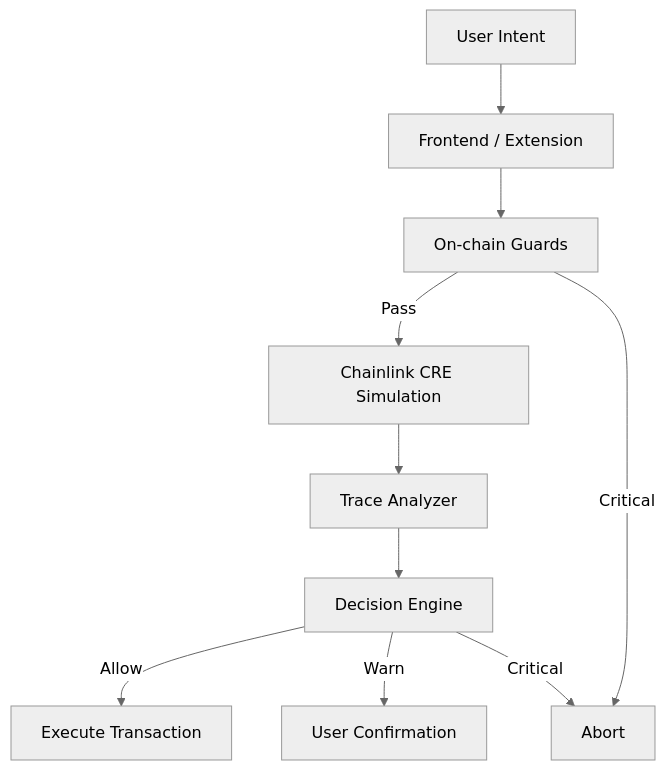
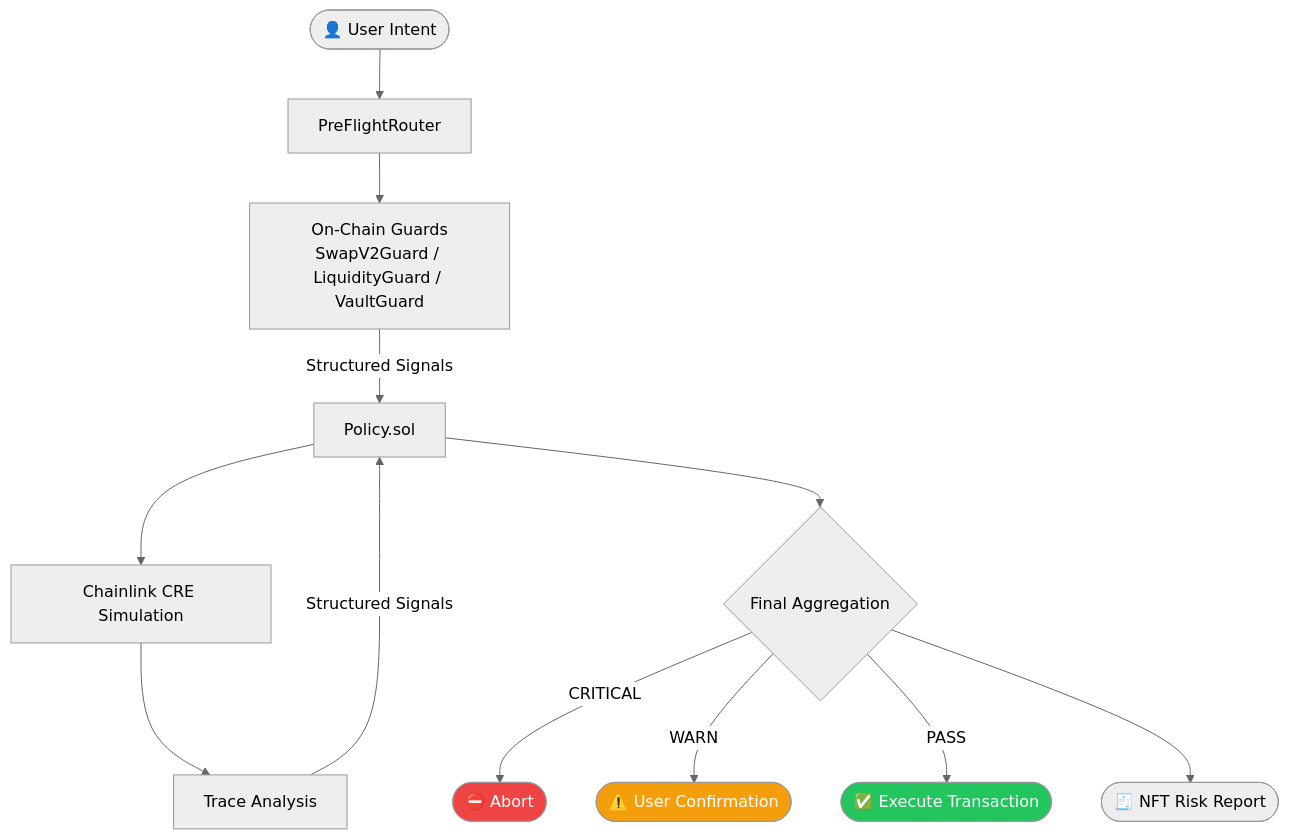
One commit to Sourav-IIITBPL/preflight changed the second of 5 diagrams in README.md. Above: the diagram before and after it, drawn with Mermaid (neutral theme). The commit also changed other lines of this file, not shown here.

````diff
--- a/README.md
+++ b/README.md
@@ -692,12 +177,23 @@
 ```mermaid
 flowchart TD
-    A[User Intent] --> B[Frontend / Extension]
-    B --> C[On-chain Guards]
-    C -->|Pass| D[Chainlink CRE Simulation]
-    C -->|Critical| X[Abort]
-    D --> E[Trace Analyzer]
-    E --> F[Decision Engine]
-    F -->|Allow| G[Execute Transaction]
-    F -->|Warn| H[User Confirmation]
-    F -->|Critical| X
+    A([👤 User Intent]) --> B[PreFlightRouter]
+
+    B --> C[On-Chain Guards<br/>SwapV2Guard / LiquidityGuard / VaultGuard]
+    C -->|Structured Signals| P[Policy.sol]
+
+    P --> D[Chainlink CRE Simulation]
+    D --> E[Trace Analysis]
+    E -->|Structured Signals| P
+
+    P --> F{Final Aggregation}
+
+    F -->|CRITICAL| X([⛔ Abort])
+    F -->|WARN| G([⚠️ User Confirmation])
+    F -->|PASS| H([✅ Execute Transaction])
+
+    F --> R([🧾 NFT Risk Report])
+
+    style X fill:#ef4444,color:#fff
+    style H fill:#22c55e,color:#fff
+    style G fill:#f59e0b,color:#fff
 ```
````
